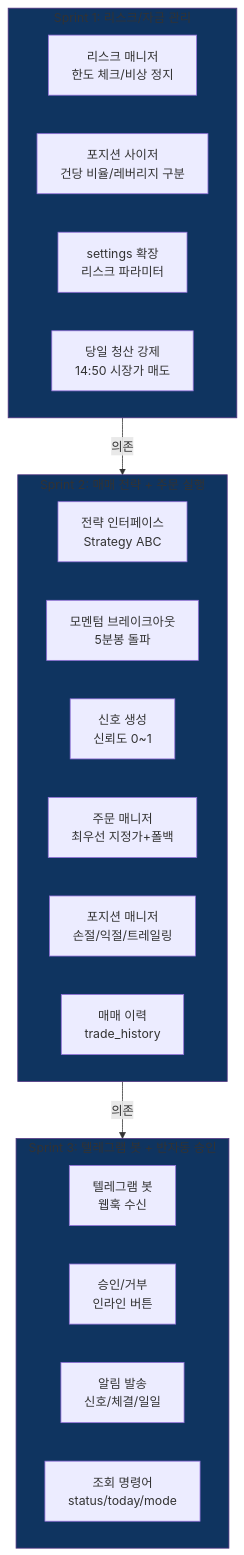
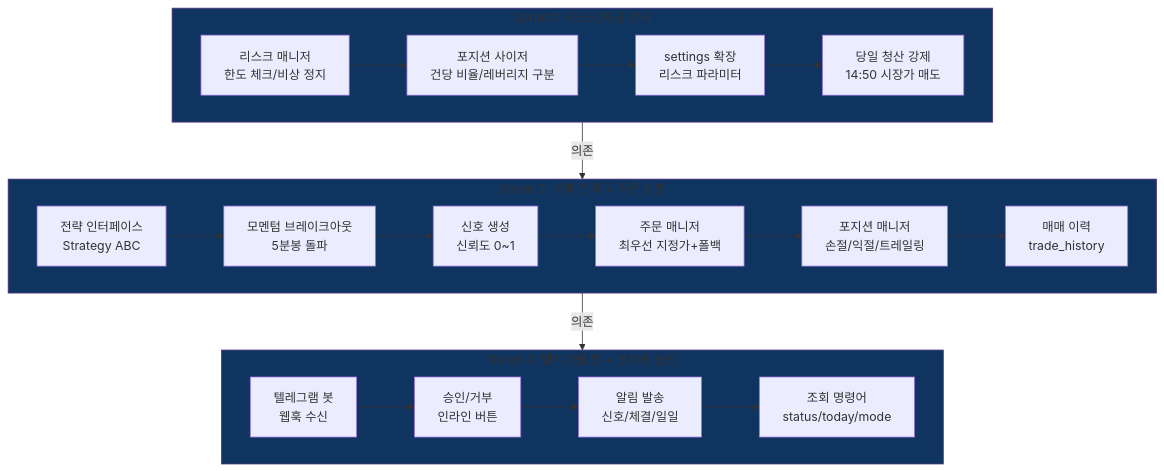
One commit to frogy95/stockbot changed the diagram in docs/phase/phase3/phase3.md. Above: the diagram before and after it, drawn with Mermaid. The commit also changed other lines of this file and 4 other files, not shown here.

````diff
--- a/docs/phase/phase3/phase3.md
+++ b/docs/phase/phase3/phase3.md
@@ -20,33 +20,33 @@
 ```mermaid
 graph TD
     subgraph S1["Sprint 1: 리스크/자금 관리"]
         RM["리스크 매니저\n한도 체크/비상 정지"]
-        PM["포지션 사이저\n건당 비율/레버리지 구분"]
-        SET["settings 확장\n리스크 파라미터"]
-        EOD["당일 청산 강제\n14:50 시장가 매도"]
+        --> PM["포지션 사이저\n건당 비율/레버리지 구분"]
+        --> SET["settings 확장\n리스크 파라미터"]
+        --> EOD["당일 청산 강제\n14:50 시장가 매도"]
     end
 
     S1 -->|의존| S2
 
     subgraph S2["Sprint 2: 매매 전략 + 주문 실행"]
         STR["전략 인터페이스\nStrategy ABC"]
-        MBS["모멘텀 브레이크아웃\n5분봉 돌파"]
-        SIG["신호 생성\n신뢰도 0~1"]
-        ORD["주문 매니저\n최우선 지정가+폴백"]
-        POS["포지션 매니저\n손절/익절/트레일링"]
-        HIS["매매 이력\ntrade_history"]
+        --> MBS["모멘텀 브레이크아웃\n5분봉 돌파"]
+        --> SIG["신호 생성\n신뢰도 0~1"]
+        --> ORD["주문 매니저\n최우선 지정가+폴백"]
+        --> POS["포지션 매니저\n손절/익절/트레일링"]
+        --> HIS["매매 이력\ntrade_history"]
     end
 
     S2 -->|의존| S3
 
     subgraph S3["Sprint 3: 텔레그램 봇 + 반자동 승인"]
         BOT["텔레그램 봇\n웹훅 수신"]
-        APR["승인/거부\n인라인 버튼"]
-        NTF["알림 발송\n신호/체결/일일"]
-        CMD["조회 명령어\nstatus/today/mode"]
+        --> APR["승인/거부\n인라인 버튼"]
+        --> NTF["알림 발송\n신호/체결/일일"]
+        --> CMD["조회 명령어\nstatus/today/mode"]
     end
 
     style S1 fill:#0f3460,stroke:#533483
     style S2 fill:#0f3460,stroke:#533483
     style S3 fill:#0f3460,stroke:#533483
 ```
````
